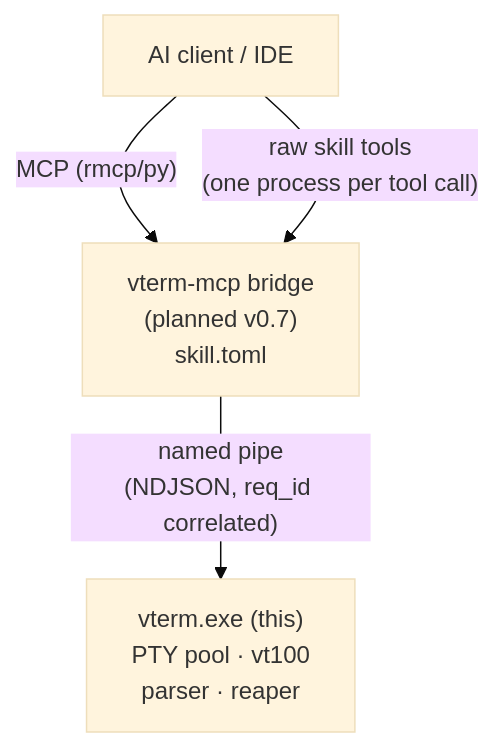
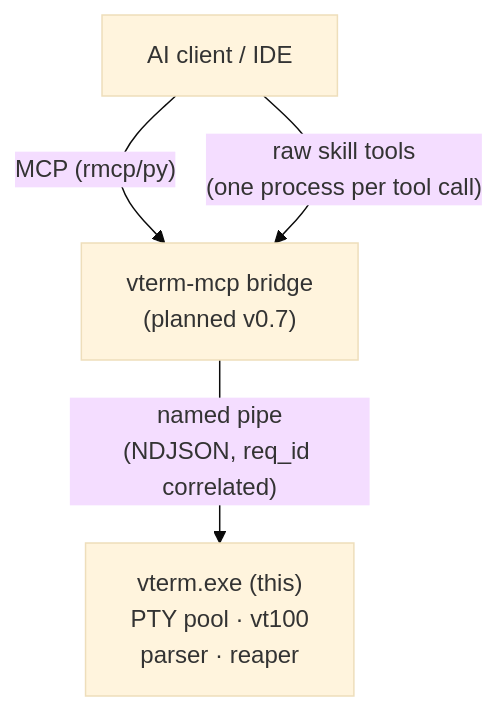
One commit to margusmartsepp/vterm-rs changed the diagram in ROADMAP.md. Above: the diagram before and after it, drawn with Mermaid (base theme). The commit also changed other lines of this file and 20 other files, not shown here.

````diff
--- a/ROADMAP.md
+++ b/ROADMAP.md
@@ -47,10 +46,10 @@
 ```mermaid
 graph TD
     Client["AI client / IDE"]
-    Bridge["vterm-mcp bridge<br/>(planned v0.7)<br/>skill.toml"]
+    Bridge["vterm-mcp bridge<br/>(planned v0.7)"]
     Term["vterm.exe (this)<br/>PTY pool · vt100<br/>parser · reaper"]
 
     Client -- "MCP (rmcp/py)" --> Bridge
     Client -- "raw skill tools<br/>(one process per tool call)" --> Bridge
     Bridge -- "named pipe<br/>(NDJSON, req_id correlated)" --> Term
 ```
````
